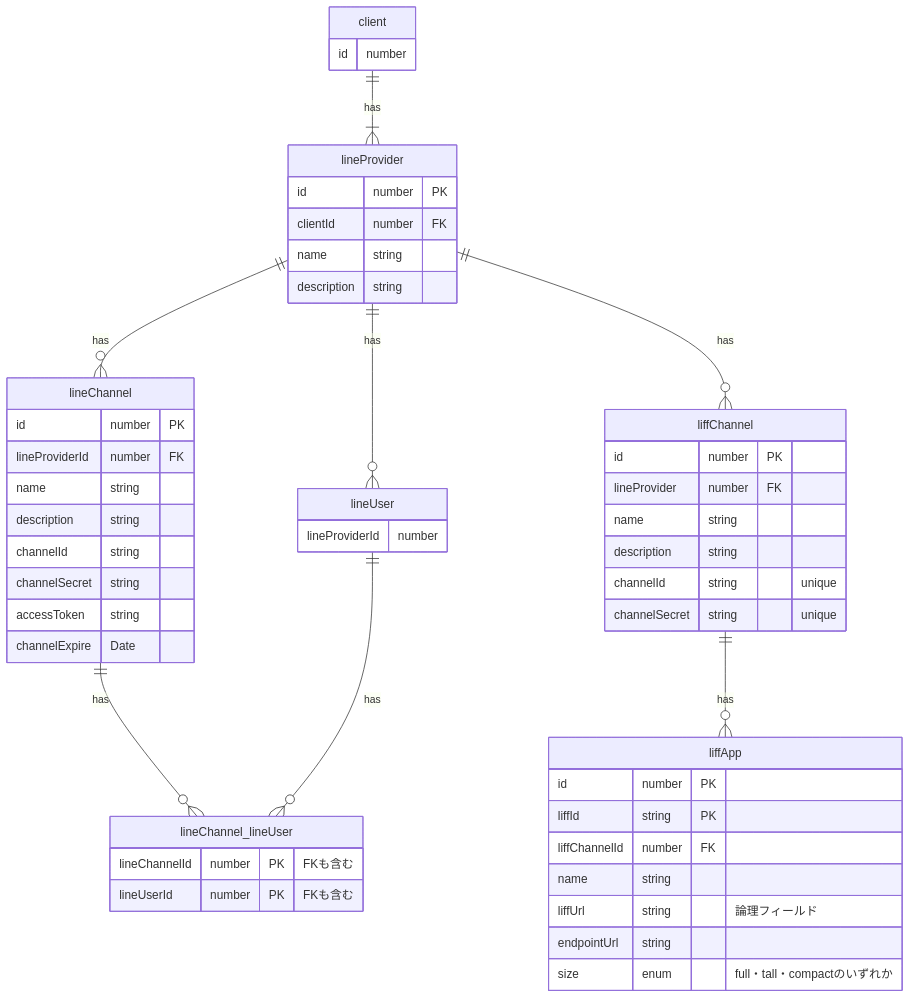
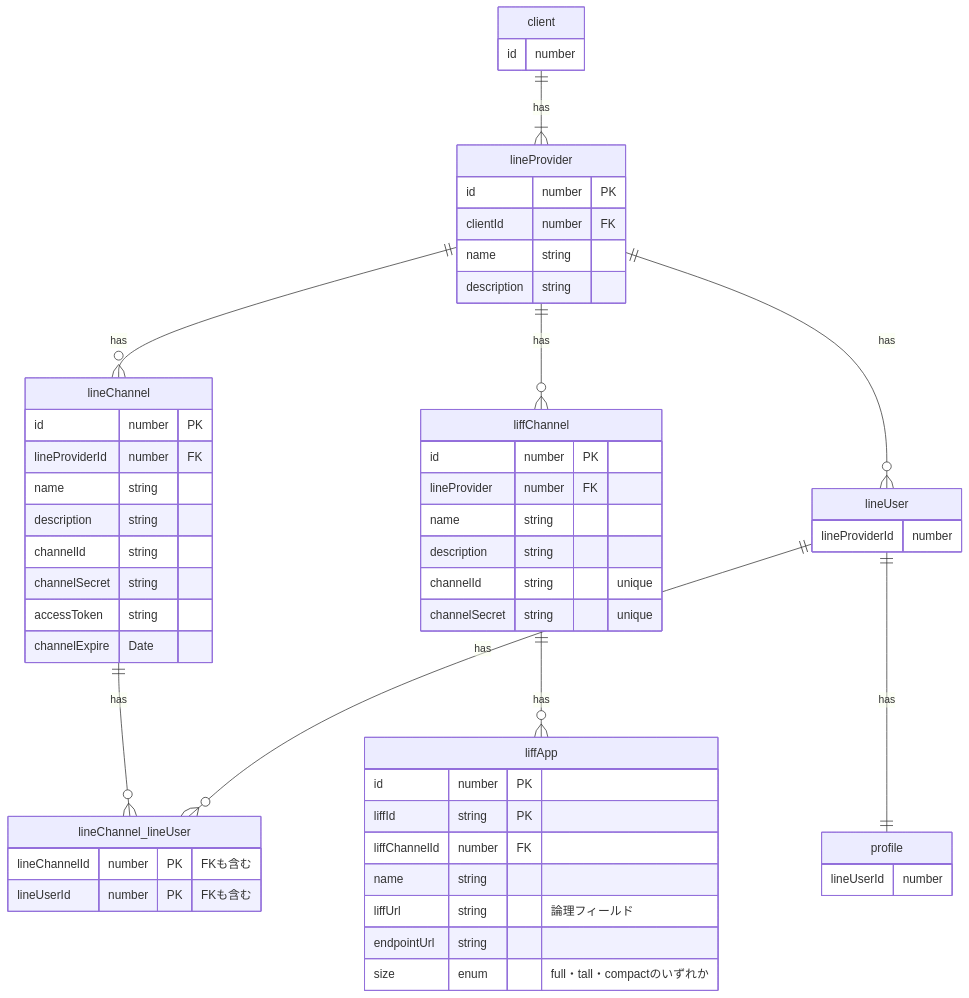
The diagram in backend/prisma/db-design-md/line-provider.md (pon0204/shopiline), drawn with Mermaid before and after one commit.

Commit message:
chore: ER図微修正

````diff
--- a/backend/prisma/db-design-md/line-provider.md
+++ b/backend/prisma/db-design-md/line-provider.md
@@ -3,64 +3,69 @@
 ```mermaid
 erDiagram
 
 client{
   id number
 }
 
 lineProvider{
   id number PK
   clientId number FK
   name string
   description string
 }
 
 lineChannel{
   id number PK
   lineProviderId number FK
   name string
   description string
   channelId string
   channelSecret string
   accessToken string
   channelExpire Date
 }
 
 liffChannel{
   id number PK
   lineProvider number FK
   name string
   description string
   channelId string "unique"
   channelSecret string "unique"
 }
 
 liffApp{
   id number PK
   liffId string PK
   liffChannelId number FK
   name string
   liffUrl string "論理フィールド"
   endpointUrl string
   size enum "full・tall・compactのいずれか"
 }
 
 lineChannel_lineUser{
   lineChannelId number PK "FKも含む"
   lineUserId number PK　"FKも含む"
 }
 
 lineUser{
   lineProviderId number
 }
 
+profile{
+  lineUserId number
+}
+
 client ||--|{ lineProvider :has
 lineProvider ||--o{ lineChannel :has
 
 lineProvider ||--o{ liffChannel : has
 lineProvider ||--o{ lineUser : has
 lineChannel ||--o{ lineChannel_lineUser :has
 lineUser ||--o{ lineChannel_lineUser :has
+lineUser ||--|| profile :has
 liffChannel ||--o{ liffApp :has
 
 
 ```
````
